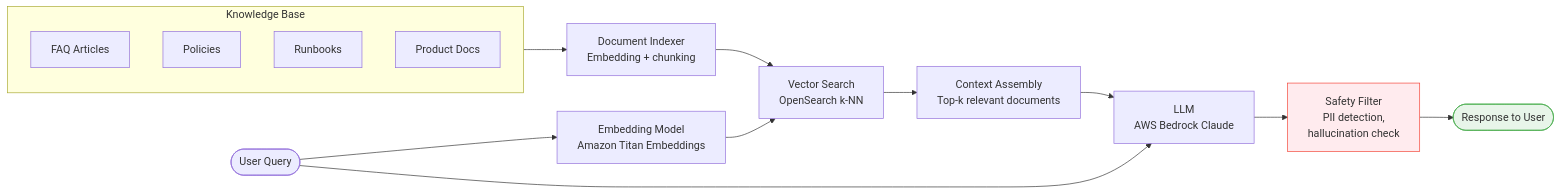
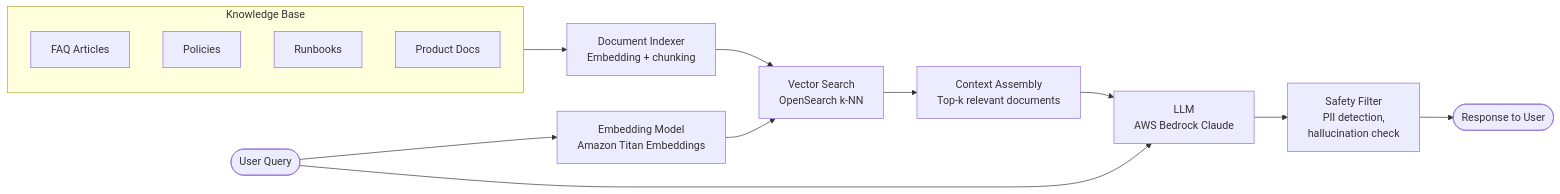
Before and after one commit to rishikeshdhokare/platform-manifesto: the fourth of 4 diagrams in 10-ai-ml-platform/02-ai-governance.md, drawn with Mermaid. The commit also changed other lines of this file and 14 other files, not shown here.

First line of the commit message:
fix: remove mermaid style directives (119 lines across 15 files)

````diff
--- a/10-ai-ml-platform/02-ai-governance.md
+++ b/10-ai-ml-platform/02-ai-governance.md
@@ -199,28 +193,26 @@
 ```mermaid
 flowchart LR
     User([User Query]) --> Embed[Embedding Model<br/>Amazon Titan Embeddings]
 
     Embed --> VectorSearch[Vector Search<br/>OpenSearch k-NN]
 
     VectorSearch --> Context[Context Assembly<br/>Top-k relevant documents]
 
     subgraph kb [Knowledge Base]
         FAQ[FAQ Articles]
         Policies[Policies]
         Runbooks[Runbooks]
         Docs[Product Docs]
     end
 
     kb --> Indexer[Document Indexer<br/>Embedding + chunking]
     Indexer --> VectorSearch
 
     Context --> LLM[LLM<br/>AWS Bedrock Claude]
     User --> LLM
 
     LLM --> Safety[Safety Filter<br/>PII detection,<br/>hallucination check]
 
     Safety --> Response([Response to User])
 
-    style Safety fill:#ffebee,stroke:#f44336
-    style Response fill:#e8f5e9,stroke:#4caf50
 ```
````
